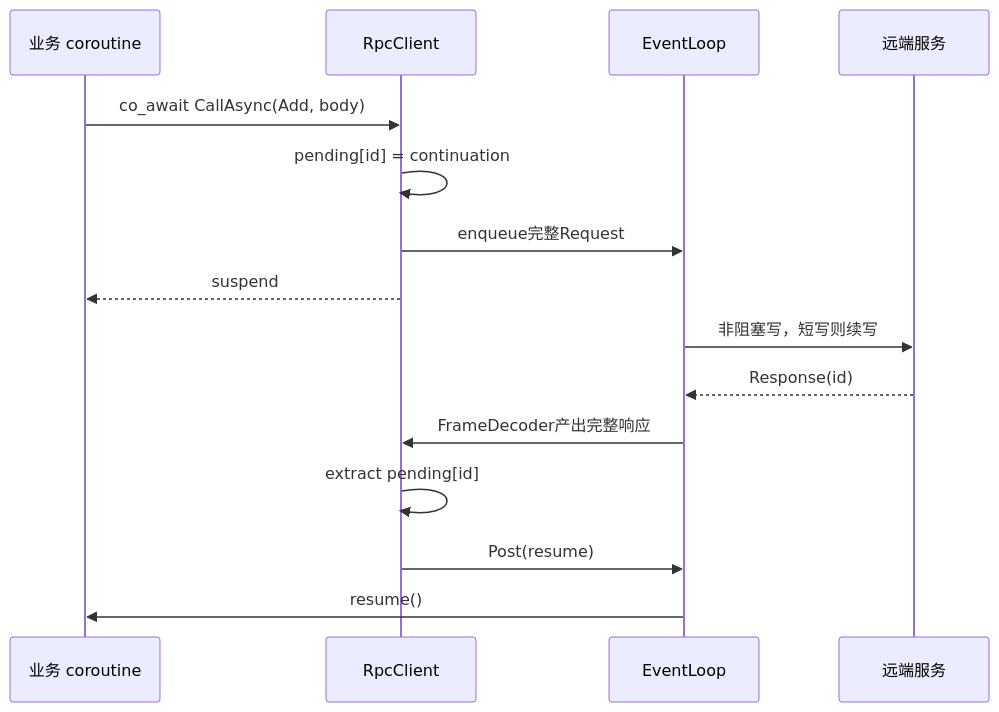
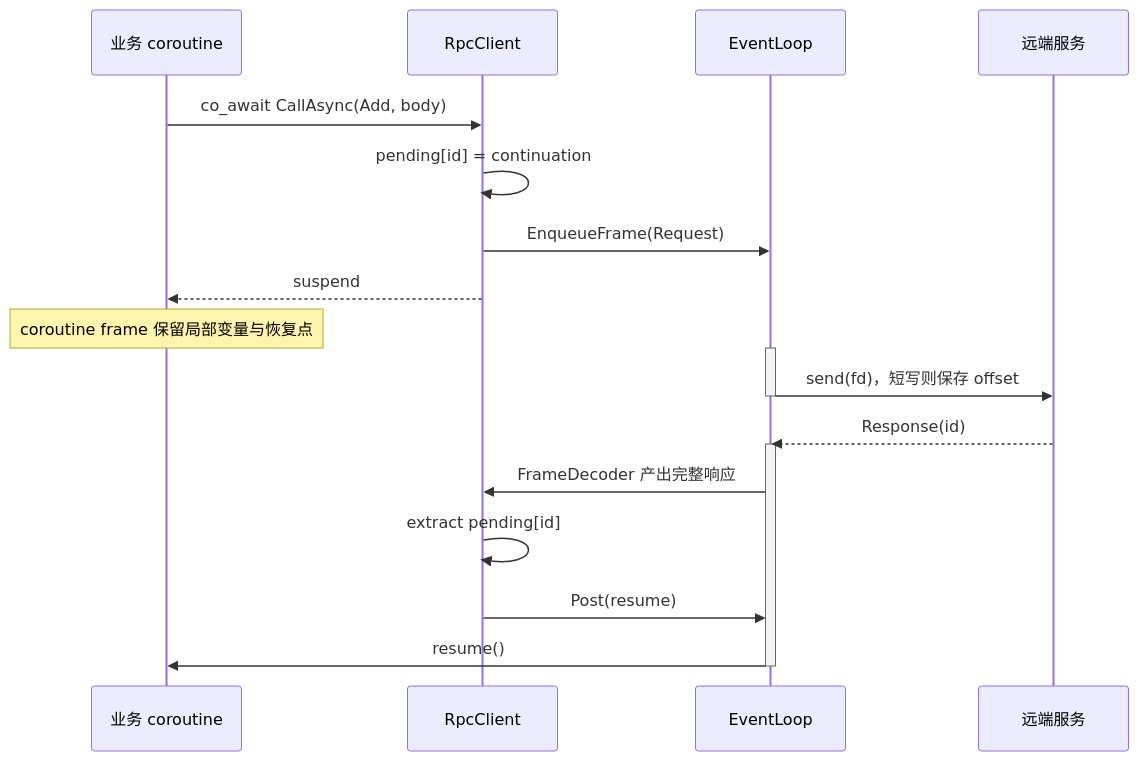
One commit to 495229520/obsidian_notes changed the second of 2 diagrams in 3.Linux/18. 高级网络编程与 RPC/03. 异步与事件驱动/18.4 C++ Coroutine 非阻塞 RPC.md. Above: the diagram before and after it, drawn with Mermaid. The commit also changed other lines of this file and 4 other files, not shown here.

Commit message:
Improve async RPC notes and diagrams

````diff
--- a/3.Linux/18. 高级网络编程与 RPC/03. 异步与事件驱动/18.4 C++ Coroutine 非阻塞 RPC.md
+++ b/3.Linux/18. 高级网络编程与 RPC/03. 异步与事件驱动/18.4 C++ Coroutine 非阻塞 RPC.md
@@ -206,18 +324,25 @@
 ```mermaid
 sequenceDiagram
     participant B as 业务 coroutine
     participant C as RpcClient
     participant L as EventLoop
     participant S as 远端服务
 
     B->>C: co_await CallAsync(Add, body)
     C->>C: pending[id] = continuation
-    C->>L: enqueue完整Request
+    C->>L: EnqueueFrame(Request)
     C-->>B: suspend
-    L->>S: 非阻塞写，短写则续写
+
+    Note over B: coroutine frame 保留局部变量与恢复点
+    activate L
+    L->>S: send(fd)，短写则保存 offset
+    deactivate L
+
     S-->>L: Response(id)
-    L->>C: FrameDecoder产出完整响应
+    activate L
+    L->>C: FrameDecoder 产出完整响应
     C->>C: extract pending[id]
     C->>L: Post(resume)
     L->>B: resume()
+    deactivate L
 ```
````
